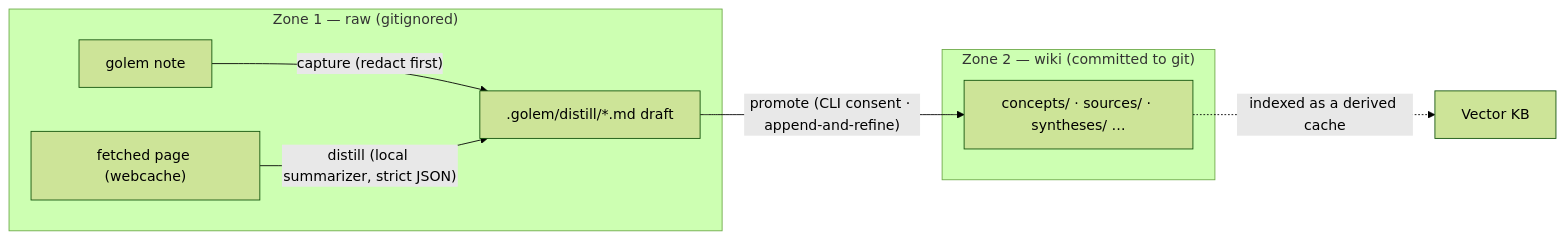
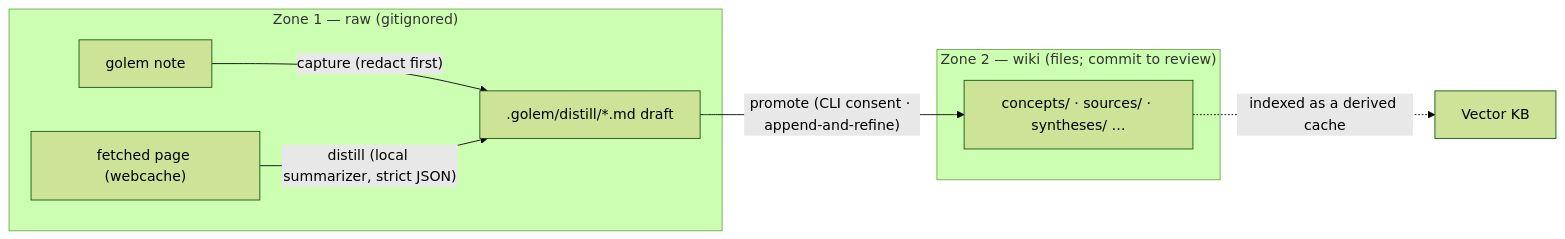
One commit to PliableSoftware/golem changed the diagram in docs/wiki/concepts/Distillation Pipeline.md. Above: the diagram before and after it, drawn with Mermaid (forest theme). The commit also changed 13 other files, not shown here.

First line of the commit message:
fix(wiki): stop claiming every wiki write is committed to git

````diff
--- a/docs/wiki/concepts/Distillation Pipeline.md
+++ b/docs/wiki/concepts/Distillation Pipeline.md
@@ -26,15 +26,15 @@
 ```mermaid
 flowchart LR
   subgraph Z1["Zone 1 — raw (gitignored)"]
     NOTE["golem note"]
     WEB["fetched page (webcache)"]
     DRAFT[".golem/distill/*.md draft"]
   end
-  subgraph Z2["Zone 2 — wiki (committed to git)"]
+  subgraph Z2["Zone 2 — wiki (files; commit to review)"]
     PAGE["concepts/ · sources/ · syntheses/ …"]
   end
   NOTE -->|"capture (redact first)"| DRAFT
   WEB -->|"distill (local summarizer, strict JSON)"| DRAFT
   DRAFT -->|"promote (CLI consent · append-and-refine)"| PAGE
   PAGE -.->|"indexed as a derived cache"| KB["Vector KB"]
 ```
````
